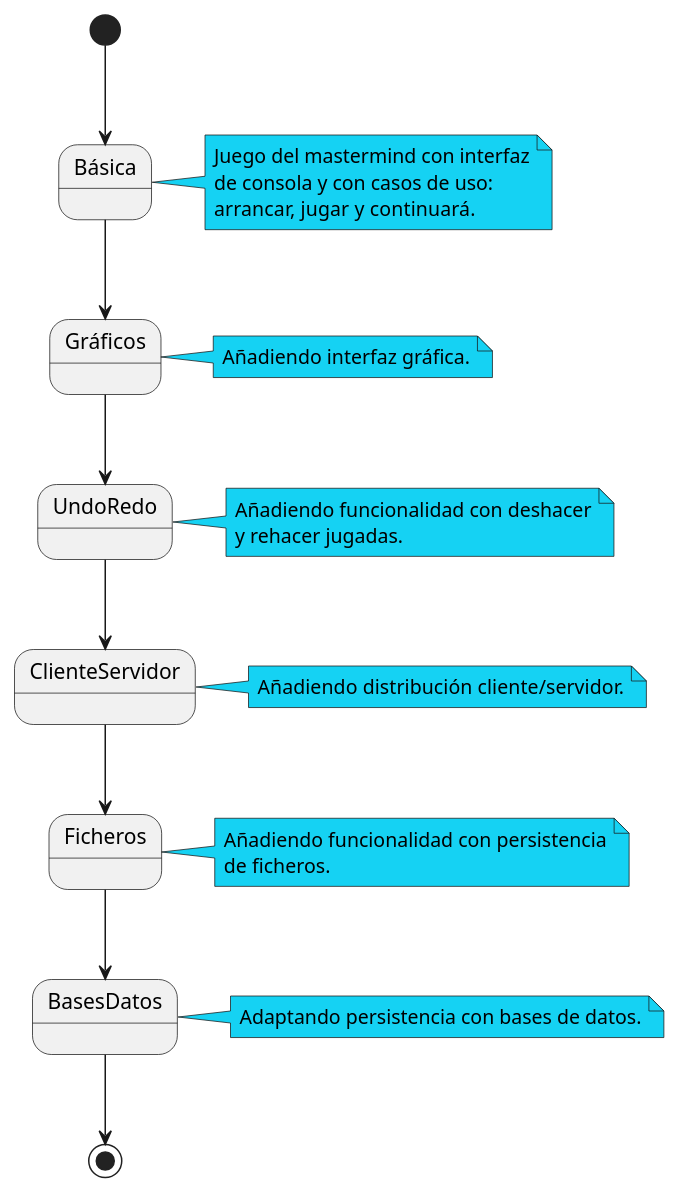
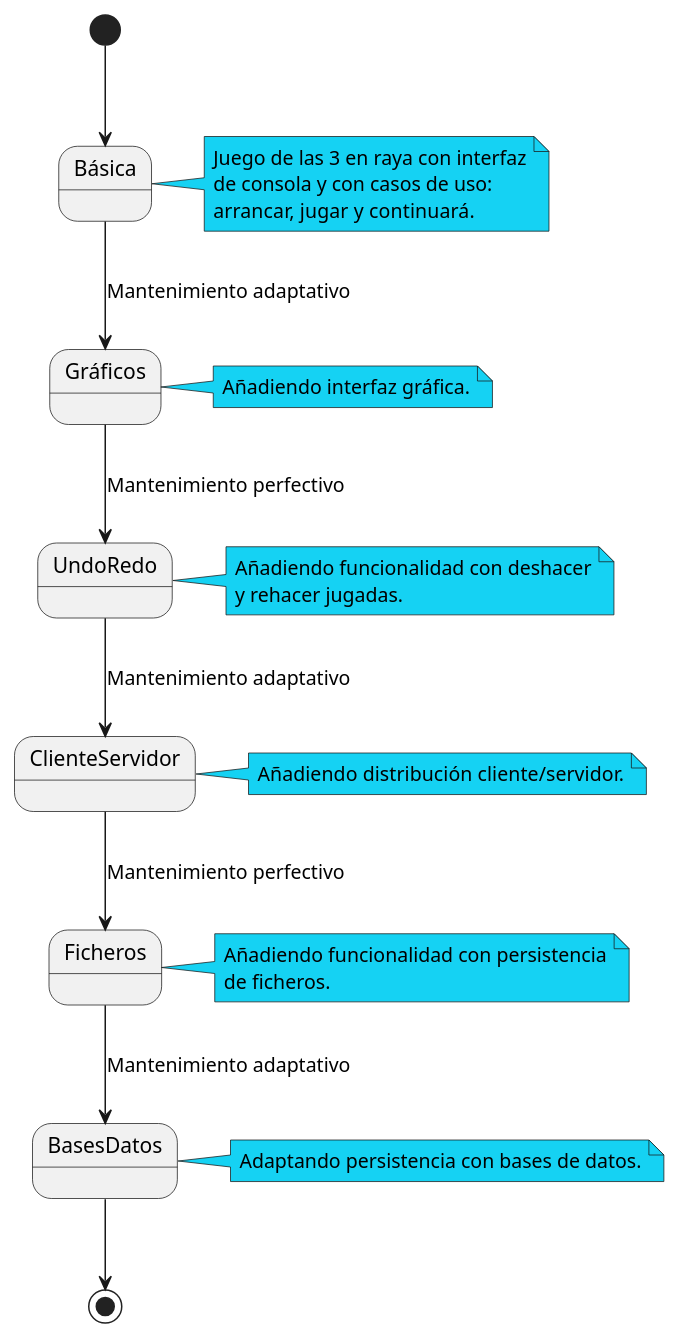
Before and after one commit to EscuelaIt/requirements: the diagram in docs/diagrams/src/versiones.plantuml, drawn with PlantUML.

```diff
--- a/docs/diagrams/src/versiones.plantuml
+++ b/docs/diagrams/src/versiones.plantuml
@@ -1,49 +1,49 @@
-@startuml versiones
+@startuml version
 
 state Básica
 state Gráficos
 state UndoRedo
 state ClienteServidor
 State Ficheros
 State BasesDatos
 
 [*] --> Básica
-Básica --> Gráficos
-Gráficos --> UndoRedo
-UndoRedo --> ClienteServidor
-ClienteServidor --> Ficheros
-Ficheros --> BasesDatos
+Básica --> Gráficos:Mantenimiento adaptativo
+Gráficos --> UndoRedo:Mantenimiento perfectivo
+UndoRedo --> ClienteServidor:Mantenimiento adaptativo
+ClienteServidor --> Ficheros:Mantenimiento perfectivo
+Ficheros --> BasesDatos:Mantenimiento adaptativo
 BasesDatos --> [*]
 
 
 
 note right of Básica #15D2F3
-  Juego del mastermind con interfaz
+  Juego de las 3 en raya con interfaz
   de consola y con casos de uso:
   arrancar, jugar y continuará.
 end note
 
 note right of Gráficos #15D2F3
   Añadiendo interfaz gráfica.
 end note
 
 note right of UndoRedo #15D2F3
   Añadiendo funcionalidad con deshacer
   y rehacer jugadas.
 end note
 
 note right of ClienteServidor #15D2F3
   Añadiendo distribución cliente/servidor.
 end note
 
 note right of Ficheros #15D2F3
   Añadiendo funcionalidad con persistencia
   de ficheros.
 end note
 
 note right of BasesDatos #15D2F3
   Adaptando persistencia con bases de datos.
 end note
 
 
 @enduml
```
